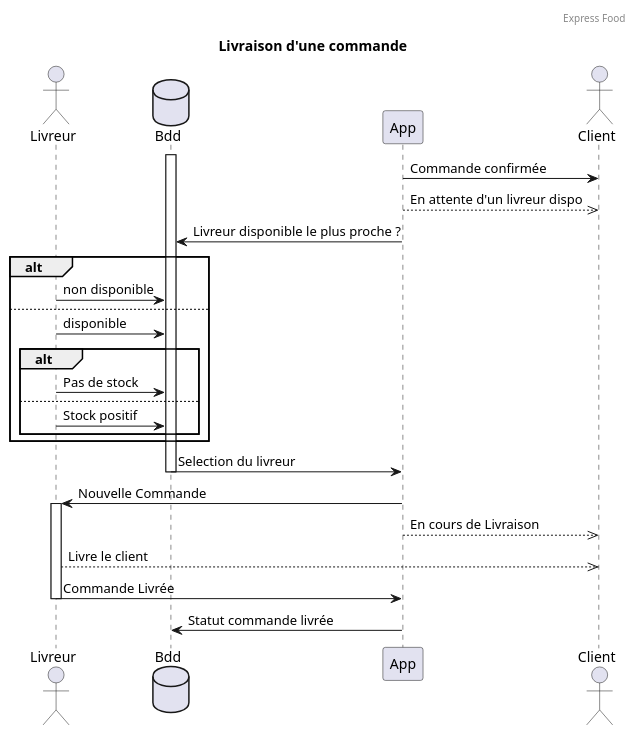
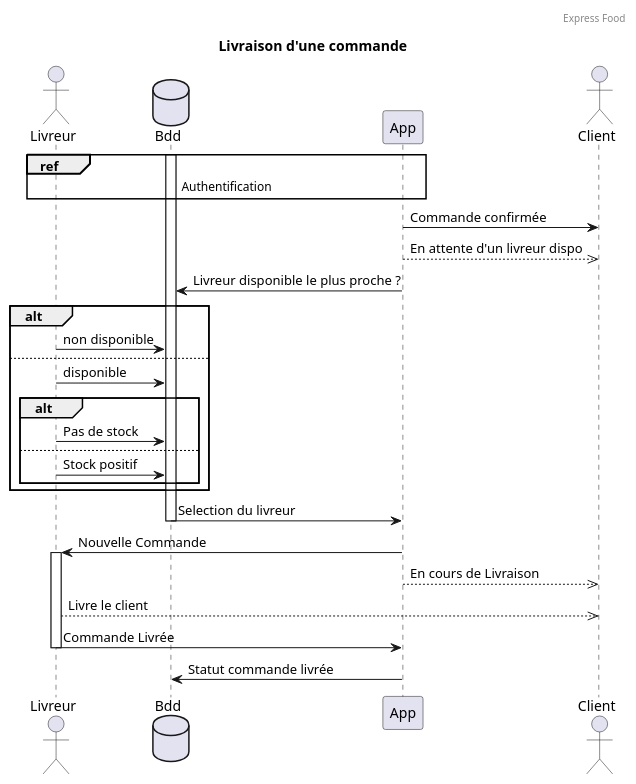
Before and after one commit to ArtGM/express-food: the diagram in Deliverer.wsd, drawn with PlantUML. The commit also changed 11 other files, not shown here.

```diff
--- a/Deliverer.wsd
+++ b/Deliverer.wsd
@@ -1,31 +1,32 @@
 @startuml
 header Express Food
 title  Livraison d'une commande
 actor Livreur
 database Bdd
 participant App
 actor Client
+ref over Livreur, App, Bdd : Authentification
 Client <- App: Commande confirmée
 App -->> Client: En attente d'un livreur dispo
 App -> Bdd: Livreur disponible le plus proche ?
 alt
 Livreur -> Bdd: non disponible
 else
 Livreur -> Bdd: disponible
   alt 
   Livreur -> Bdd: Pas de stock
   else
   Livreur -> Bdd: Stock positif
   end
 end
 activate Bdd
 Bdd -> App: Selection du livreur
 deactivate Bdd
 App -> Livreur: Nouvelle Commande
 activate Livreur
 App -->> Client: En cours de Livraison
 Livreur -->> Client: Livre le client
 Livreur -> App: Commande Livrée
 deactivate Livreur
 App -> Bdd: Statut commande livrée
 @enduml
```
